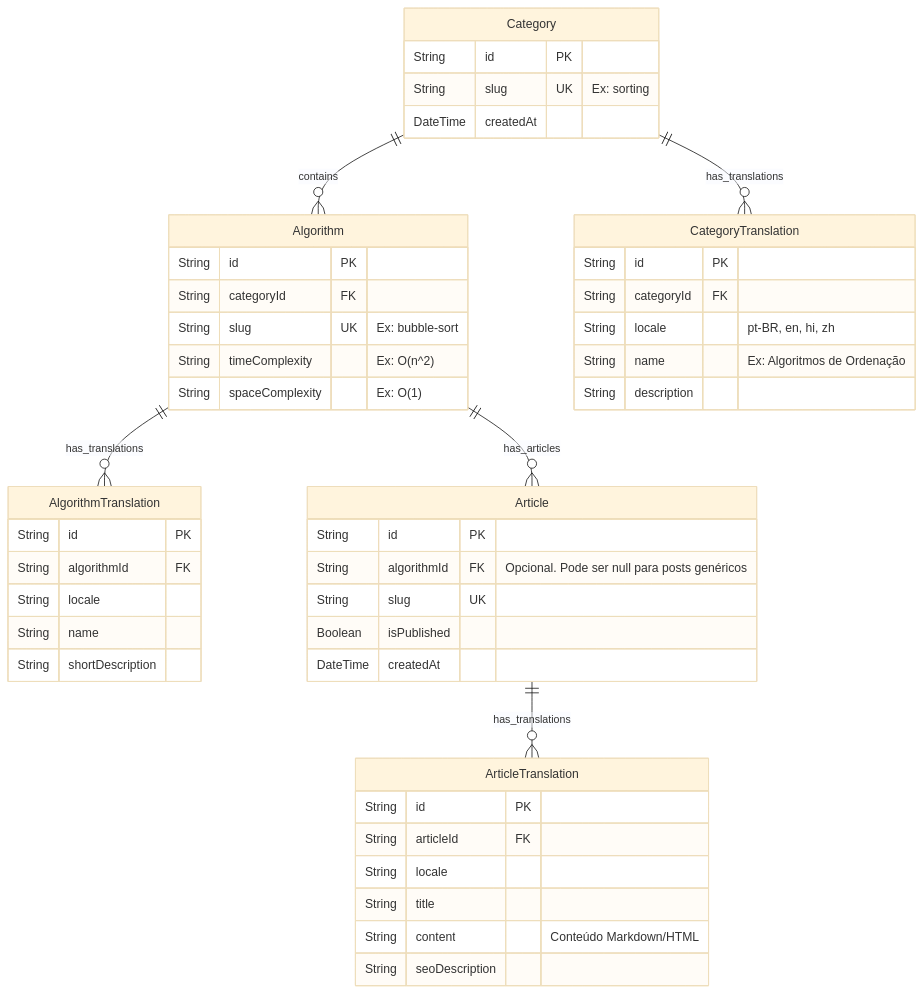
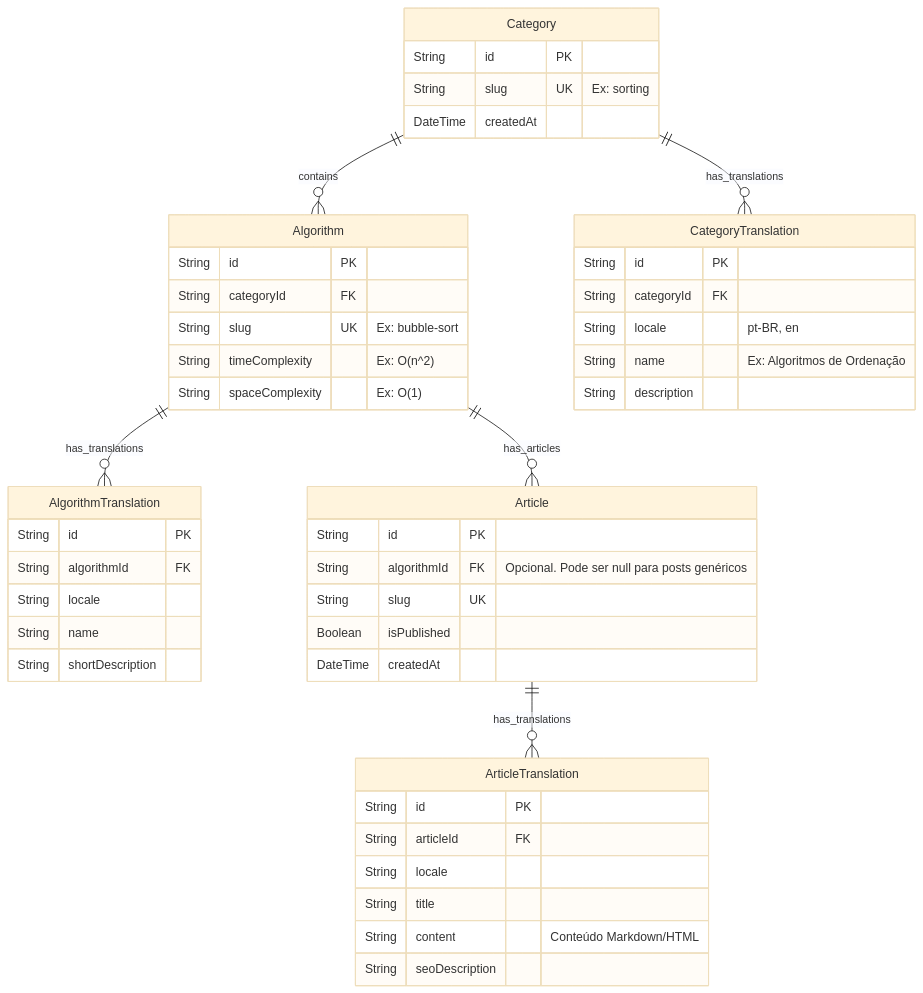
Before and after one commit to eduardo-gms/pivot: the diagram in docs/architecture/database.md, drawn with Mermaid (base theme). The commit also changed other lines of this file and 38 other files, not shown here.

````diff
--- a/docs/architecture/database.md
+++ b/docs/architecture/database.md
@@ -21,55 +21,55 @@
 ```mermaid
 erDiagram
     Category ||--o{ Algorithm : contains
     Category ||--o{ CategoryTranslation : has_translations
     Algorithm ||--o{ AlgorithmTranslation : has_translations
     Algorithm ||--o{ Article : has_articles
     Article ||--o{ ArticleTranslation : has_translations
 
     Category {
         String id PK
         String slug UK "Ex: sorting"
         DateTime createdAt
     }
 
     CategoryTranslation {
         String id PK
         String categoryId FK
-        String locale "pt-BR, en, hi, zh"
+        String locale "pt-BR, en"
         String name "Ex: Algoritmos de Ordenação"
         String description
     }
 
     Algorithm {
         String id PK
         String categoryId FK
         String slug UK "Ex: bubble-sort"
         String timeComplexity "Ex: O(n^2)"
         String spaceComplexity "Ex: O(1)"
     }
 
     AlgorithmTranslation {
         String id PK
         String algorithmId FK
         String locale
         String name
         String shortDescription
     }
 
     Article {
         String id PK
         String algorithmId FK "Opcional. Pode ser null para posts genéricos"
         String slug UK
         Boolean isPublished
         DateTime createdAt
     }
 
     ArticleTranslation {
         String id PK
         String articleId FK
         String locale
         String title
         String content "Conteúdo Markdown/HTML"
         String seoDescription
     }
 ```
````
